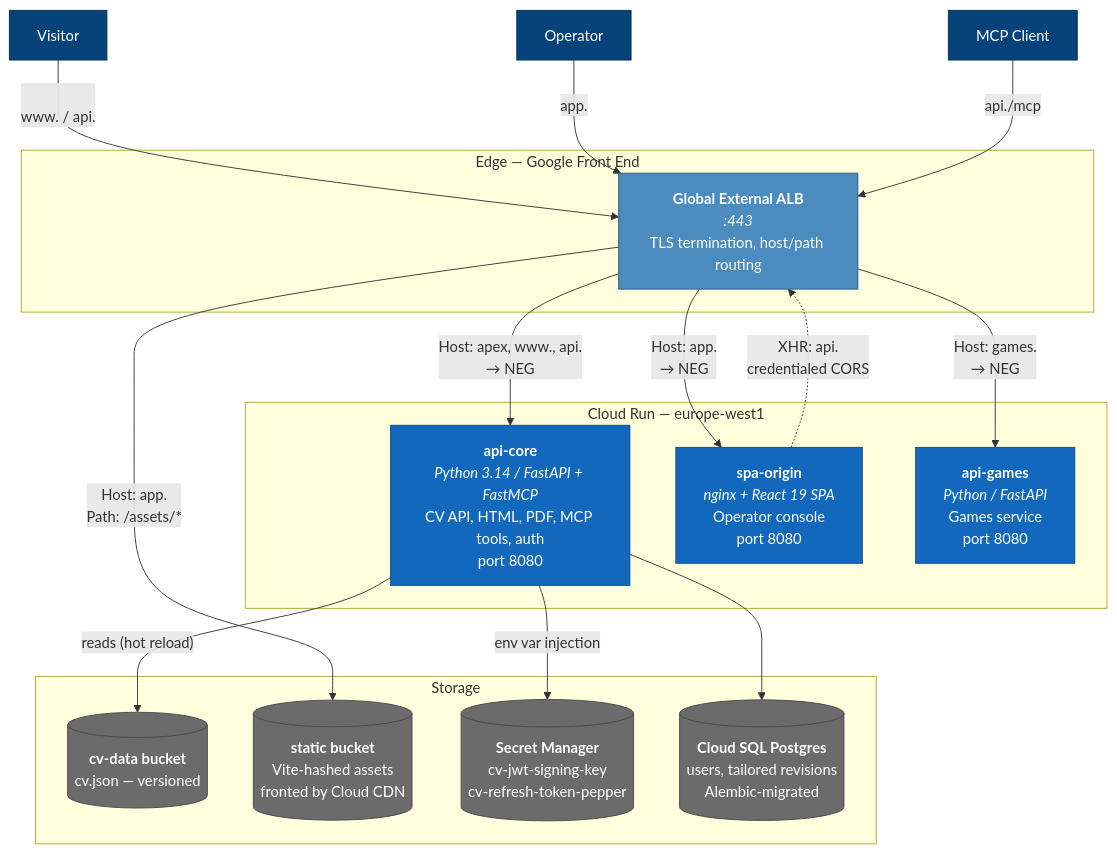
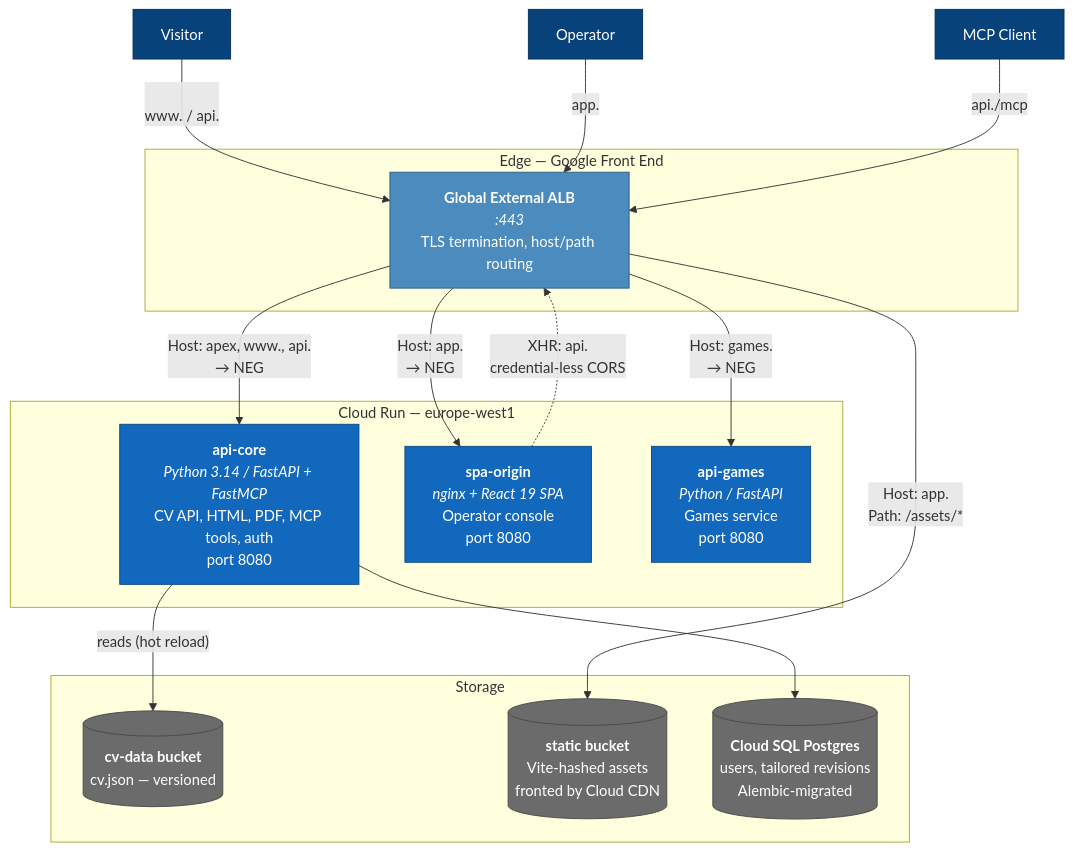
Before and after one commit to ivanprytula/cv-rest-mcp-server: the second of 8 diagrams in docs/architecture-diagrams.md, drawn with Mermaid. The commit also changed other lines of this file and 3 other files, not shown here.

````diff
--- a/docs/architecture-diagrams.md
+++ b/docs/architecture-diagrams.md
@@ -67,42 +67,40 @@
 ```mermaid
 flowchart TB
     visitor["Visitor"]:::person
     operator["Operator"]:::person
     agent["MCP Client"]:::person
 
     subgraph edge["Edge — Google Front End"]
         lb["<b>Global External ALB</b><br/><i><LB_IPV4>:443</i><br/>TLS termination, host/path routing"]:::infra
     end
 
     subgraph run["Cloud Run — europe-west1"]
         core["<b>api-core</b><br/><i>Python 3.14 / FastAPI + FastMCP</i><br/>CV API, HTML, PDF, MCP tools, auth<br/>port 8080"]:::container
         spa["<b>spa-origin</b><br/><i>nginx + React 19 SPA</i><br/>Operator console<br/>port 8080"]:::container
         games["<b>api-games</b><br/><i>Python / FastAPI</i><br/>Games service<br/>port 8080"]:::container
     end
 
     subgraph storage["Storage"]
         cvbucket[("<b>cv-data bucket</b><br/>cv.json — versioned")]:::store
         static[("<b>static bucket</b><br/>Vite-hashed assets<br/>fronted by Cloud CDN")]:::store
-        sm[("<b>Secret Manager</b><br/>cv-jwt-signing-key<br/>cv-refresh-token-pepper")]:::store
         pg[("<b>Cloud SQL Postgres</b><br/>users, tailored revisions<br/>Alembic-migrated")]:::store
     end
 
     visitor -->|"<APEX_DOMAIN><br/>www. / api."| lb
     operator -->|"app.<APEX_DOMAIN>"| lb
     agent -->|"api.<APEX_DOMAIN>/mcp"| lb
 
     lb -->|"Host: apex, www., api.<br/>→ NEG"| core
     lb -->|"Host: app.<br/>→ NEG"| spa
     lb -->|"Host: games.<br/>→ NEG"| games
     lb -->|"Host: app.<br/>Path: /assets/*"| static
 
     core -->|"reads (hot reload)"| cvbucket
-    core -->|"env var injection"| sm
     core --> pg
-    spa -.->|"XHR: api.<APEX_DOMAIN><br/>credentialed CORS"| lb
+    spa -.->|"XHR: api.<APEX_DOMAIN><br/>credential-less CORS"| lb
 
     classDef person fill:#08427b,stroke:#052e56,color:#fff
     classDef container fill:#1168bd,stroke:#0b4884,color:#fff
     classDef infra fill:#4b8bbe,stroke:#2d5c85,color:#fff
     classDef store fill:#6b6b6b,stroke:#4a4a4a,color:#fff
 ```
````
